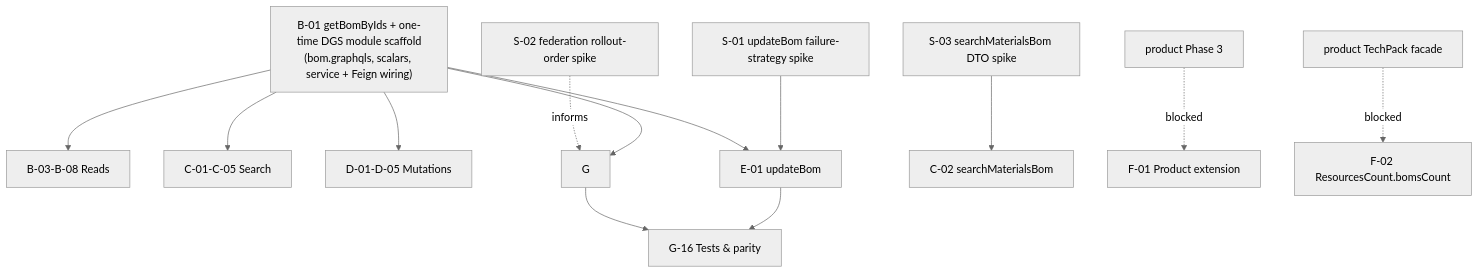
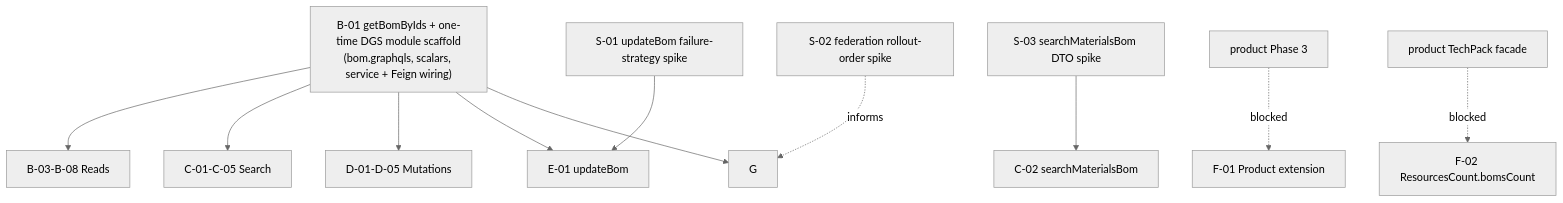
One commit to SarithaMathai/migration changed the diagram in output/analysis/bom/be-04-stories.md. Above: the diagram before and after it, drawn with Mermaid (neutral theme). The commit also changed other lines of this file and 152 other files, not shown here.

````diff
--- a/output/analysis/bom/be-04-stories.md
+++ b/output/analysis/bom/be-04-stories.md
@@ -50,12 +50,10 @@
 ```mermaid
 graph TD
   B01["B-01 getBomByIds + one-time DGS module scaffold\n(bom.graphqls, scalars, service + Feign wiring)"] --> B[B-03-B-08 Reads] & C[C-01-C-05 Search] & D[D-01-D-05 Mutations] & E01[E-01 updateBom]
   S01[S-01 updateBom failure-strategy spike] --> E01
   S02[S-02 federation rollout-order spike] -.informs.-> G
   S03[S-03 searchMaterialsBom DTO spike] --> C02[C-02 searchMaterialsBom]
   B01 --> G
-  G --> G16[G-16 Tests & parity]
-  E01 --> G16
   PROD[product Phase 3] -.blocked.-> F01[F-01 Product extension]
   PRODF[product TechPack facade] -.blocked.-> F02[F-02 ResourcesCount.bomsCount]
 ```
````
